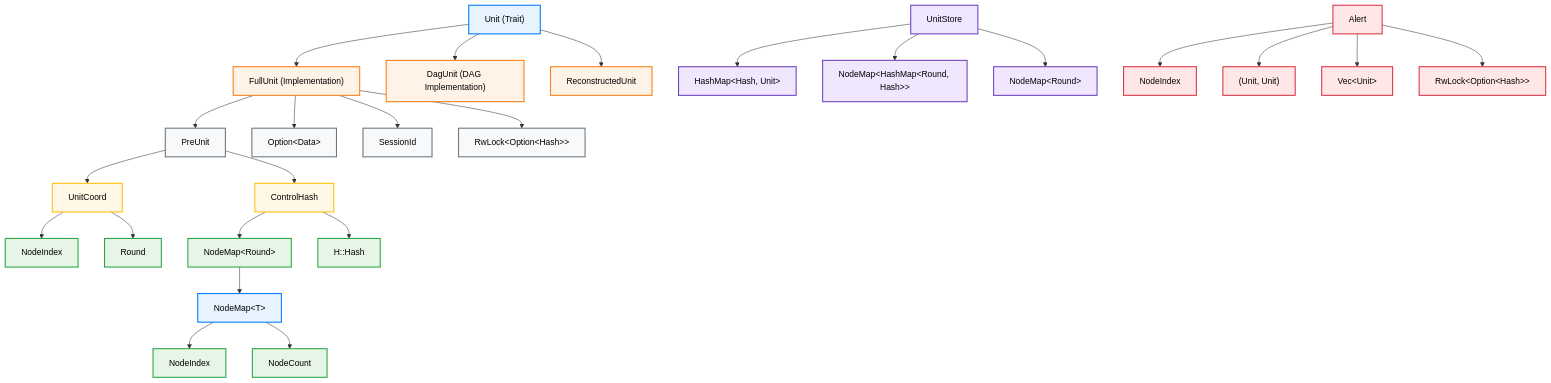
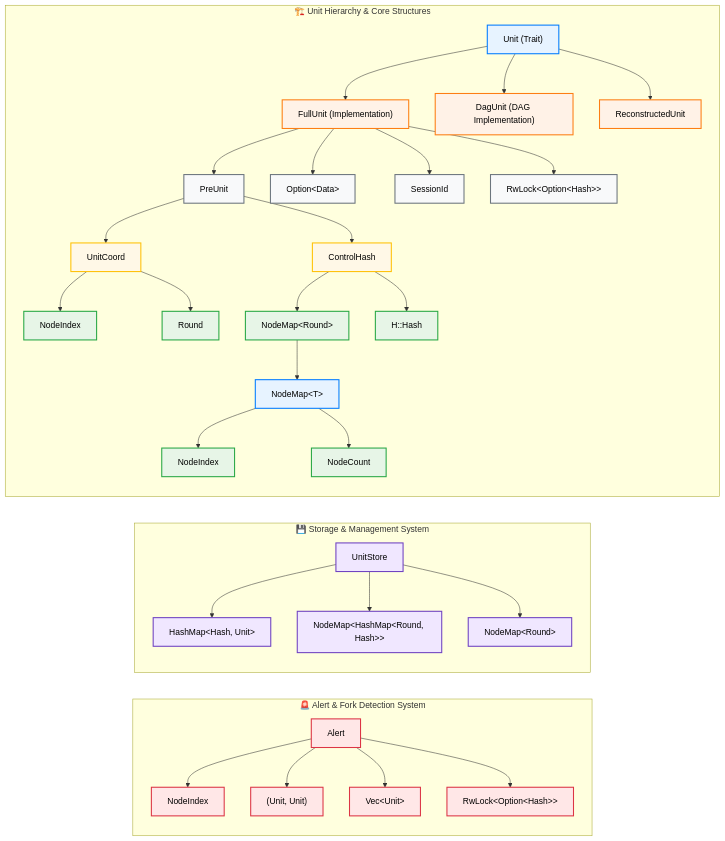
One commit to ljg-cqu/knowledge changed the fourth of 4 diagrams in Blockchain/Networks/Aleph Zero/AlephBFT/AlephBFT Consensus Protocol- Technical Analysis.md. Above: the diagram before and after it, drawn with Mermaid.

Commit message:
Improves visualization of AlephBFT structures
Enhances the diagram illustrating the relationships
between Unit, FullUnit, Storage, and Alert systems in
AlephBFT.

This provides a clearer understanding of the protocol's
architecture by grouping related components into
subgraphs and applying distinct styling for each.

````diff
--- a/Blockchain/Networks/Aleph Zero/AlephBFT/AlephBFT Consensus Protocol- Technical Analysis.md
+++ b/Blockchain/Networks/Aleph Zero/AlephBFT/AlephBFT Consensus Protocol- Technical Analysis.md
@@ -449,60 +449,78 @@
 ```mermaid
-graph TD
-    Unit["Unit (Trait)"] --> FullUnit["FullUnit (Implementation)"]
-    Unit --> DagUnit["DagUnit (DAG Implementation)"]
-    Unit --> ReconstructedUnit["ReconstructedUnit"]
+flowchart TB
+    subgraph UnitHierarchy ["🏗️ Unit Hierarchy & Core Structures"]
+        direction TB
+        Unit["Unit (Trait)"] --> FullUnit["FullUnit (Implementation)"]
+        Unit --> DagUnit["DagUnit (DAG Implementation)"]
+        Unit --> ReconstructedUnit["ReconstructedUnit"]
+        
+        FullUnit --> PreUnit
+        FullUnit --> Data["Option&lt;Data&gt;"]
+        FullUnit --> SessionId
+        FullUnit --> Hash["RwLock&lt;Option&lt;Hash&gt;&gt;"]
+
+        PreUnit --> UnitCoord
+        PreUnit --> ControlHash
+        
+        UnitCoord --> Creator["NodeIndex"]
+        UnitCoord --> Round
+
+        ControlHash --> ParentMap["NodeMap&lt;Round&gt;"]
+        ControlHash --> CombinedHash["H::Hash"]
+        
+        ParentMap --> NodeMap["NodeMap&lt;T&gt;"]
+        NodeMap --> NodeIndex
+        NodeMap --> NodeCount
+    end
     
-    FullUnit --> PreUnit
-    FullUnit --> Data["Option&lt;Data&gt;"]
-    FullUnit --> SessionId
-    FullUnit --> Hash["RwLock&lt;Option&lt;Hash&gt;&gt;"]
-
-    PreUnit --> UnitCoord
-    PreUnit --> ControlHash
+    UnitHierarchy ~~~ StorageSystem
     
-    UnitCoord --> Creator["NodeIndex"]
-    UnitCoord --> Round
-
-    ControlHash --> ParentMap["NodeMap&lt;Round&gt;"]
-    ControlHash --> CombinedHash["H::Hash"]
+    subgraph StorageSystem ["💾 Storage & Management System"]
+        direction TB
+        UnitStore["UnitStore"] --> StoreByHash["HashMap&lt;Hash, Unit&gt;"]
+        UnitStore --> CanonicalUnits["NodeMap&lt;HashMap&lt;Round, Hash&gt;&gt;"]
+        UnitStore --> TopRow["NodeMap&lt;Round&gt;"]
+    end
     
-    ParentMap --> NodeMap["NodeMap&lt;T&gt;"]
-    NodeMap --> NodeIndex
-    NodeMap --> NodeCount
+    StorageSystem ~~~ AlertSystem
     
-    UnitStore --> StoreByHash["HashMap&lt;Hash, Unit&gt;"]
-    UnitStore --> CanonicalUnits["NodeMap&lt;HashMap&lt;Round, Hash&gt;&gt;"]
-    UnitStore --> TopRow["NodeMap&lt;Round&gt;"]
+    subgraph AlertSystem ["🚨 Alert & Fork Detection System"]
+        direction TB
+        Alert["Alert"] --> Sender["NodeIndex"]
+        Alert --> ForkProof["(Unit, Unit)"]
+        Alert --> LegitUnits["Vec&lt;Unit&gt;"]
+        Alert --> AlertHash["RwLock&lt;Option&lt;Hash&gt;&gt;"]
+    end
     
-    Alert --> Sender["NodeIndex"]
-    Alert --> ForkProof["(Unit, Unit)"]
-    Alert --> LegitUnits["Vec&lt;Unit&gt;"]
-    Alert --> AlertHash["RwLock&lt;Option&lt;Hash&gt;&gt;"]
-    
+    %% Styling for Unit Hierarchy
     style Unit fill:#e7f3ff,stroke:#007bff,stroke-width:2px,color:#000
     style FullUnit fill:#fff2e7,stroke:#fd7e14,stroke-width:2px,color:#000
     style DagUnit fill:#fff2e7,stroke:#fd7e14,stroke-width:2px,color:#000
     style ReconstructedUnit fill:#fff2e7,stroke:#fd7e14,stroke-width:2px,color:#000
     style PreUnit fill:#f8f9fa,stroke:#6c757d,stroke-width:2px,color:#000
     style Data fill:#f8f9fa,stroke:#6c757d,stroke-width:2px,color:#000
     style SessionId fill:#f8f9fa,stroke:#6c757d,stroke-width:2px,color:#000
     style Hash fill:#f8f9fa,stroke:#6c757d,stroke-width:2px,color:#000
     style UnitCoord fill:#fff8e7,stroke:#ffc107,stroke-width:2px,color:#000
     style ControlHash fill:#fff8e7,stroke:#ffc107,stroke-width:2px,color:#000
     style ParentMap fill:#e7f5e7,stroke:#28a745,stroke-width:2px,color:#000
     style CombinedHash fill:#e7f5e7,stroke:#28a745,stroke-width:2px,color:#000
     style NodeMap fill:#e7f3ff,stroke:#007bff,stroke-width:2px,color:#000
-    style UnitStore fill:#f0e7ff,stroke:#6f42c1,stroke-width:2px,color:#000
-    style Alert fill:#ffe7e7,stroke:#dc3545,stroke-width:2px,color:#000
     style Creator fill:#e7f5e7,stroke:#28a745,stroke-width:2px,color:#000
     style Round fill:#e7f5e7,stroke:#28a745,stroke-width:2px,color:#000
     style NodeIndex fill:#e7f5e7,stroke:#28a745,stroke-width:2px,color:#000
     style NodeCount fill:#e7f5e7,stroke:#28a745,stroke-width:2px,color:#000
+    
+    %% Styling for Storage System
+    style UnitStore fill:#f0e7ff,stroke:#6f42c1,stroke-width:2px,color:#000
     style StoreByHash fill:#f0e7ff,stroke:#6f42c1,stroke-width:2px,color:#000
     style CanonicalUnits fill:#f0e7ff,stroke:#6f42c1,stroke-width:2px,color:#000
     style TopRow fill:#f0e7ff,stroke:#6f42c1,stroke-width:2px,color:#000
+    
+    %% Styling for Alert System
+    style Alert fill:#ffe7e7,stroke:#dc3545,stroke-width:2px,color:#000
     style Sender fill:#ffe7e7,stroke:#dc3545,stroke-width:2px,color:#000
     style ForkProof fill:#ffe7e7,stroke:#dc3545,stroke-width:2px,color:#000
     style LegitUnits fill:#ffe7e7,stroke:#dc3545,stroke-width:2px,color:#000
     style AlertHash fill:#ffe7e7,stroke:#dc3545,stroke-width:2px,color:#000
 ```
````
